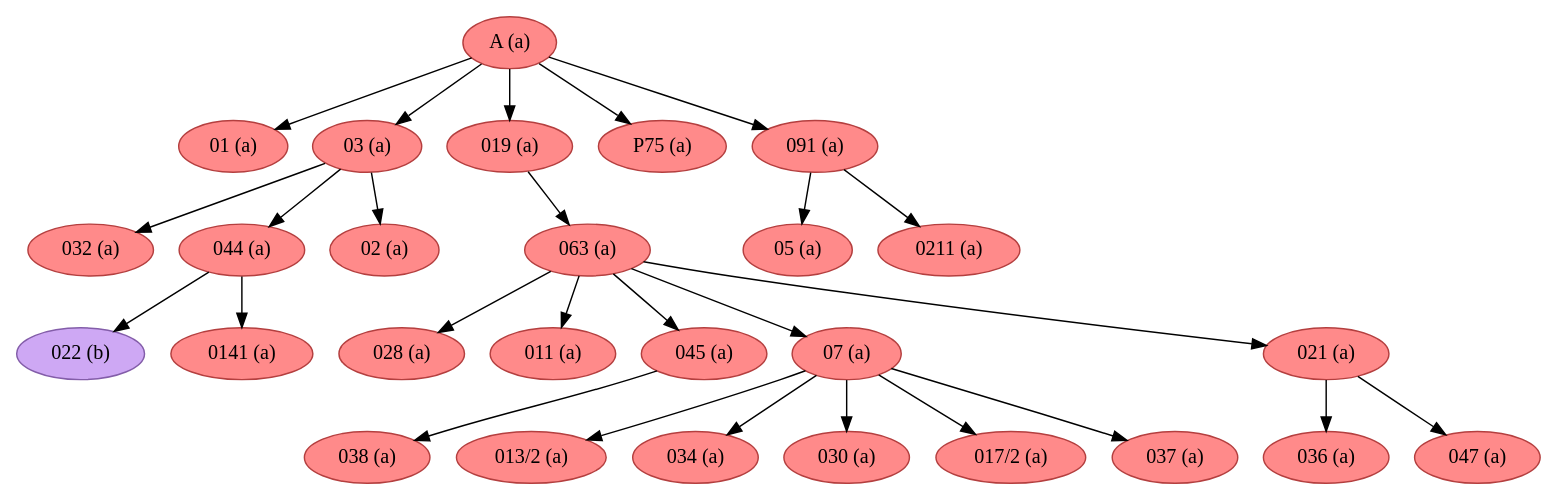
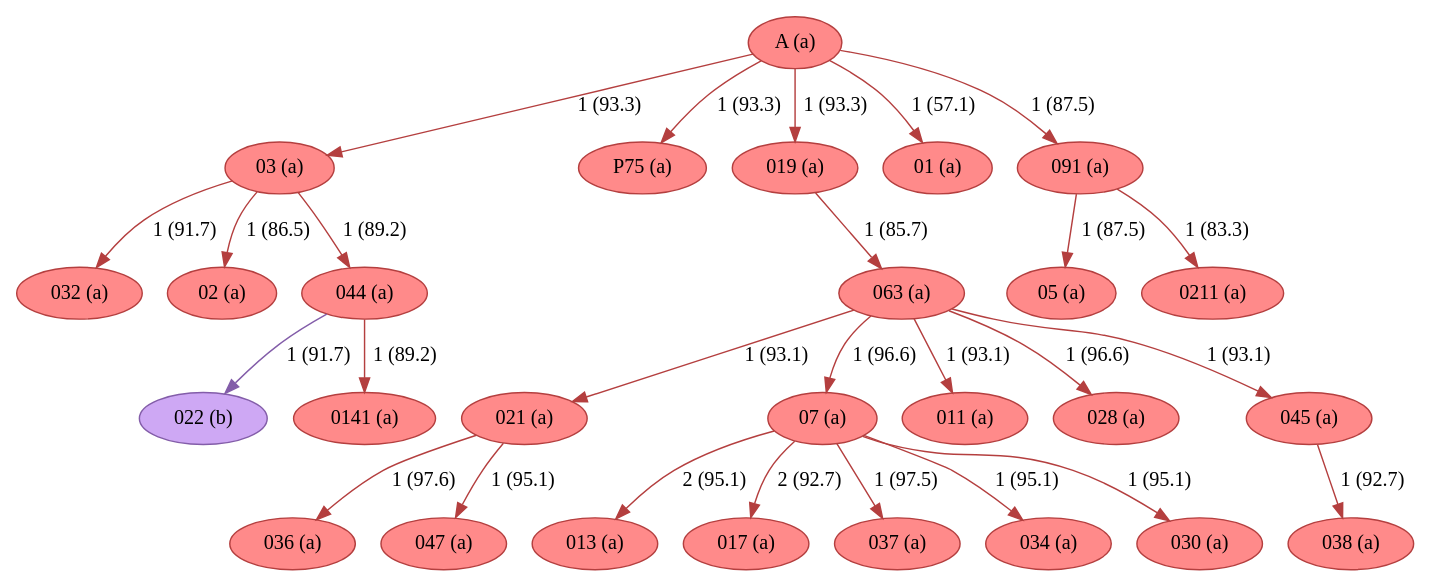
One commit to edmondac/CBGM changed the diagram in example/c2/textual_flow_23_1_c2.dot. Above: the diagram before and after it, drawn with Graphviz. The commit also changed 163 other files, not shown here.

Commit message:
Updated diagrams with new code

```diff
--- a/example/c2/textual_flow_23_1_c2.dot
+++ b/example/c2/textual_flow_23_1_c2.dot
@@ -1,55 +1,55 @@
 strict digraph G {
+"013 (a)" [fillcolor="#FF8A8A", color="#b43f3f", style=filled];
+"017 (a)" [fillcolor="#FF8A8A", color="#b43f3f", style=filled];
+"032 (a)" [fillcolor="#FF8A8A", color="#b43f3f", style=filled];
+"021 (a)" [fillcolor="#FF8A8A", color="#b43f3f", style=filled];
+"037 (a)" [fillcolor="#FF8A8A", color="#b43f3f", style=filled];
+"05 (a)" [fillcolor="#FF8A8A", color="#b43f3f", style=filled];
+"02 (a)" [fillcolor="#FF8A8A", color="#b43f3f", style=filled];
+"036 (a)" [fillcolor="#FF8A8A", color="#b43f3f", style=filled];
+"07 (a)" [fillcolor="#FF8A8A", color="#b43f3f", style=filled];
 "038 (a)" [fillcolor="#FF8A8A", color="#b43f3f", style=filled];
-"032 (a)" [fillcolor="#FF8A8A", color="#b43f3f", style=filled];
+"03 (a)" [fillcolor="#FF8A8A", color="#b43f3f", style=filled];
+"P75 (a)" [fillcolor="#FF8A8A", color="#b43f3f", style=filled];
+"022 (b)" [fillcolor="#CEA8F4", color="#835da9", style=filled];
+"A (a)" [fillcolor="#FF8A8A", color="#b43f3f", style=filled];
+"019 (a)" [fillcolor="#FF8A8A", color="#b43f3f", style=filled];
+"0141 (a)" [fillcolor="#FF8A8A", color="#b43f3f", style=filled];
+"0211 (a)" [fillcolor="#FF8A8A", color="#b43f3f", style=filled];
+"01 (a)" [fillcolor="#FF8A8A", color="#b43f3f", style=filled];
+"011 (a)" [fillcolor="#FF8A8A", color="#b43f3f", style=filled];
+"034 (a)" [fillcolor="#FF8A8A", color="#b43f3f", style=filled];
+"030 (a)" [fillcolor="#FF8A8A", color="#b43f3f", style=filled];
+"028 (a)" [fillcolor="#FF8A8A", color="#b43f3f", style=filled];
+"091 (a)" [fillcolor="#FF8A8A", color="#b43f3f", style=filled];
+"045 (a)" [fillcolor="#FF8A8A", color="#b43f3f", style=filled];
+"047 (a)" [fillcolor="#FF8A8A", color="#b43f3f", style=filled];
+"044 (a)" [fillcolor="#FF8A8A", color="#b43f3f", style=filled];
 "063 (a)" [fillcolor="#FF8A8A", color="#b43f3f", style=filled];
-"05 (a)" [fillcolor="#FF8A8A", color="#b43f3f", style=filled];
-"028 (a)" [fillcolor="#FF8A8A", color="#b43f3f", style=filled];
-"01 (a)" [fillcolor="#FF8A8A", color="#b43f3f", style=filled];
-"022 (b)" [fillcolor="#CEA8F4", color="#835da9", style=filled];
-"03 (a)" [fillcolor="#FF8A8A", color="#b43f3f", style=filled];
-"013/2 (a)" [fillcolor="#FF8A8A", color="#b43f3f", style=filled];
-"044 (a)" [fillcolor="#FF8A8A", color="#b43f3f", style=filled];
-"0141 (a)" [fillcolor="#FF8A8A", color="#b43f3f", style=filled];
-"02 (a)" [fillcolor="#FF8A8A", color="#b43f3f", style=filled];
-"019 (a)" [fillcolor="#FF8A8A", color="#b43f3f", style=filled];
-"P75 (a)" [fillcolor="#FF8A8A", color="#b43f3f", style=filled];
-"0211 (a)" [fillcolor="#FF8A8A", color="#b43f3f", style=filled];
-"034 (a)" [fillcolor="#FF8A8A", color="#b43f3f", style=filled];
-"036 (a)" [fillcolor="#FF8A8A", color="#b43f3f", style=filled];
-"011 (a)" [fillcolor="#FF8A8A", color="#b43f3f", style=filled];
-"047 (a)" [fillcolor="#FF8A8A", color="#b43f3f", style=filled];
-"045 (a)" [fillcolor="#FF8A8A", color="#b43f3f", style=filled];
-"030 (a)" [fillcolor="#FF8A8A", color="#b43f3f", style=filled];
-"091 (a)" [fillcolor="#FF8A8A", color="#b43f3f", style=filled];
-"07 (a)" [fillcolor="#FF8A8A", color="#b43f3f", style=filled];
-"017/2 (a)" [fillcolor="#FF8A8A", color="#b43f3f", style=filled];
-"037 (a)" [fillcolor="#FF8A8A", color="#b43f3f", style=filled];
-"A (a)" [fillcolor="#FF8A8A", color="#b43f3f", style=filled];
-"021 (a)" [fillcolor="#FF8A8A", color="#b43f3f", style=filled];
-"063 (a)" -> "028 (a)";
-"063 (a)" -> "07 (a)";
-"063 (a)" -> "045 (a)";
-"063 (a)" -> "011 (a)";
-"063 (a)" -> "021 (a)";
-"03 (a)" -> "032 (a)";
-"03 (a)" -> "044 (a)";
-"03 (a)" -> "02 (a)";
-"044 (a)" -> "022 (b)";
-"044 (a)" -> "0141 (a)";
-"019 (a)" -> "063 (a)";
-"045 (a)" -> "038 (a)";
-"091 (a)" -> "05 (a)";
-"091 (a)" -> "0211 (a)";
-"07 (a)" -> "034 (a)";
-"07 (a)" -> "017/2 (a)";
-"07 (a)" -> "037 (a)";
-"07 (a)" -> "030 (a)";
-"07 (a)" -> "013/2 (a)";
-"A (a)" -> "P75 (a)";
-"A (a)" -> "019 (a)";
-"A (a)" -> "01 (a)";
-"A (a)" -> "03 (a)";
-"A (a)" -> "091 (a)";
-"021 (a)" -> "036 (a)";
-"021 (a)" -> "047 (a)";
+"021 (a)" -> "036 (a)"  [color="#b43f3f", label="1 (97.6)"];
+"021 (a)" -> "047 (a)"  [color="#b43f3f", label="1 (95.1)"];
+"07 (a)" -> "013 (a)"  [color="#b43f3f", label="2 (95.1)"];
+"07 (a)" -> "017 (a)"  [color="#b43f3f", label="2 (92.7)"];
+"07 (a)" -> "037 (a)"  [color="#b43f3f", label="1 (97.5)"];
+"07 (a)" -> "030 (a)"  [color="#b43f3f", label="1 (95.1)"];
+"07 (a)" -> "034 (a)"  [color="#b43f3f", label="1 (95.1)"];
+"03 (a)" -> "044 (a)"  [color="#b43f3f", label="1 (89.2)"];
+"03 (a)" -> "032 (a)"  [color="#b43f3f", label="1 (91.7)"];
+"03 (a)" -> "02 (a)"  [color="#b43f3f", label="1 (86.5)"];
+"A (a)" -> "03 (a)"  [color="#b43f3f", label="1 (93.3)"];
+"A (a)" -> "01 (a)"  [color="#b43f3f", label="1 (57.1)"];
+"A (a)" -> "P75 (a)"  [color="#b43f3f", label="1 (93.3)"];
+"A (a)" -> "019 (a)"  [color="#b43f3f", label="1 (93.3)"];
+"A (a)" -> "091 (a)"  [color="#b43f3f", label="1 (87.5)"];
+"019 (a)" -> "063 (a)"  [color="#b43f3f", label="1 (85.7)"];
+"091 (a)" -> "0211 (a)"  [color="#b43f3f", label="1 (83.3)"];
+"091 (a)" -> "05 (a)"  [color="#b43f3f", label="1 (87.5)"];
+"045 (a)" -> "038 (a)"  [color="#b43f3f", label="1 (92.7)"];
+"044 (a)" -> "0141 (a)"  [color="#b43f3f", label="1 (89.2)"];
+"044 (a)" -> "022 (b)"  [color="#835da9", label="1 (91.7)"];
+"063 (a)" -> "045 (a)"  [color="#b43f3f", label="1 (93.1)"];
+"063 (a)" -> "028 (a)"  [color="#b43f3f", label="1 (96.6)"];
+"063 (a)" -> "011 (a)"  [color="#b43f3f", label="1 (93.1)"];
+"063 (a)" -> "07 (a)"  [color="#b43f3f", label="1 (96.6)"];
+"063 (a)" -> "021 (a)"  [color="#b43f3f", label="1 (93.1)"];
 }
```
